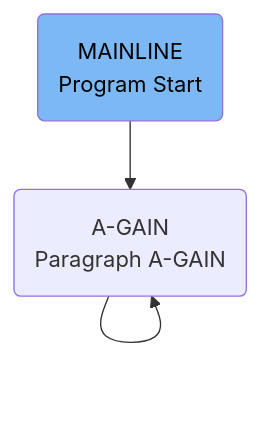
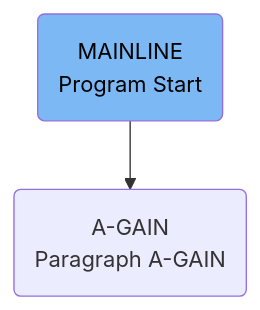
One commit to Swimm-Demo/kyndryl-cics-genapp changed the second of 4 diagrams in .swm/endowment-policy-menu-lgtestp2.dsbigvc7.sw.md. Above: the diagram before and after it, drawn with Mermaid. The commit also changed other lines of this file and 7 other files, not shown here.

````diff
--- a/.swm/endowment-policy-menu-lgtestp2.dsbigvc7.sw.md
+++ b/.swm/endowment-policy-menu-lgtestp2.dsbigvc7.sw.md
@@ -22,6 +22,5 @@
 ```mermaid
 graph TD
   mainline("MAINLINE<br>Program Start"):::ab9b3e5e1 --> a-gain("A-GAIN<br>Paragraph A-GAIN")
-  a-gain --> a-gain("A-GAIN<br>Paragraph A-GAIN")
   classDef ab9b3e5e1 color:#000000,fill:#7CB9F4
 ```
````
